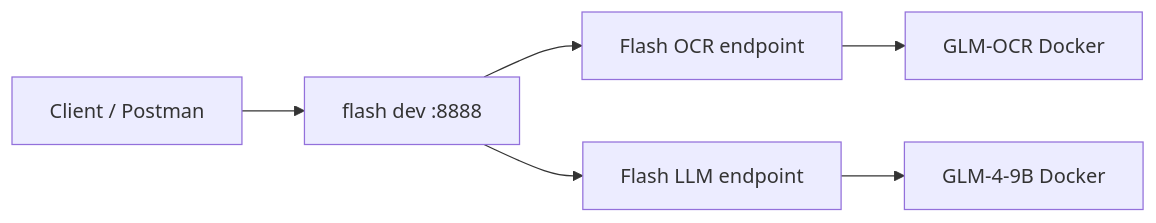
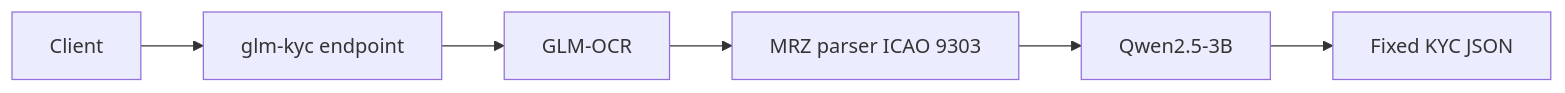
Before and after one commit to YZaicev/glm-ocr-serverless: the second of 2 diagrams in README.md, drawn with Mermaid. The commit also changed other lines of this file and 27 other files, not shown here.

````diff
--- a/README.md
+++ b/README.md
@@ -383,8 +374,8 @@
 ```mermaid
 flowchart LR
-    Client[Client / Postman] --> FLASH[flash dev :8888]
-    FLASH --> OCR_EP[Flash OCR endpoint]
-    FLASH --> LLM_EP[Flash LLM endpoint]
-    OCR_EP --> GLM_OCR[GLM-OCR Docker]
-    LLM_EP --> GLM_LLM[GLM-4-9B Docker]
+    Client[Client] --> KYC[glm-kyc endpoint]
+    KYC --> OCR[GLM-OCR]
+    OCR --> MRZ[MRZ parser ICAO 9303]
+    MRZ --> LLM[Qwen2.5-3B]
+    LLM --> JSON[Fixed KYC JSON]
 ```
````
